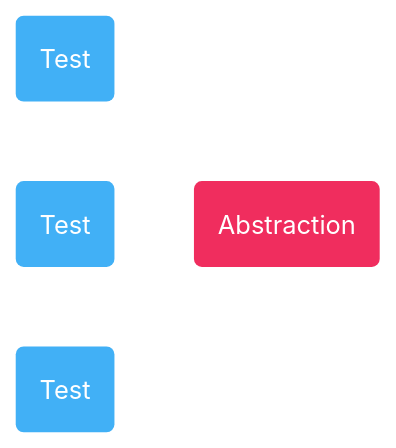
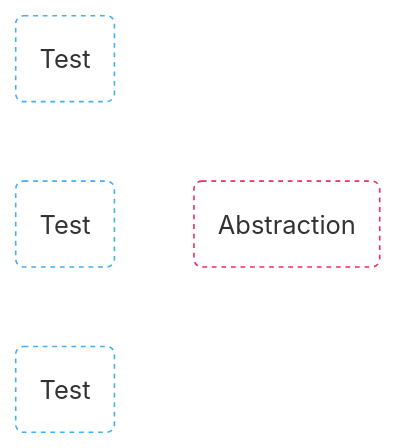
Before and after one commit to filiphric/cypress-at-scale: the first of 2 diagrams in pages/05a_abstractions.md, drawn with Mermaid. The commit also changed other lines of this file and 15 other files, not shown here.

````diff
--- a/pages/05a_abstractions.md
+++ b/pages/05a_abstractions.md
@@ -162,11 +192,11 @@
 ```mermaid {fontSize: 40, scale: 2}
 flowchart LR
 B(Test) --> A(Abstraction)
 C(Test) --> A(Abstraction)
 D(Test) --> A(Abstraction)
-style A fill:#F02D5E,stroke-width:0px,color:#fff
-style B fill:#41B0F6,stroke-width:0px,color:#fff
-style C fill:#41B0F6,stroke-width:0px,color:#fff
-style D fill:#41B0F6,stroke-width:0px,color:#fff
-linkStyle 0,1,2 stroke:#fff,stroke-width:2px,color:white;
+style A stroke:#F02D5E,stroke-dasharray:3,stroke-width:1px,stroke-color:#fff,fill:transparent
+style B stroke:#41B0F6,stroke-dasharray:3,stroke-width:1px,stroke-color:#fff,fill:transparent
+style C stroke:#41B0F6,stroke-dasharray:3,stroke-width:1px,stroke-color:#fff,fill:transparent
+style D stroke:#41B0F6,stroke-dasharray:3,stroke-width:1px,stroke-color:#fff,fill:transparent
+linkStyle 0,1,2 stroke:#fff,stroke-width:1px,color:white;
 ```
````
